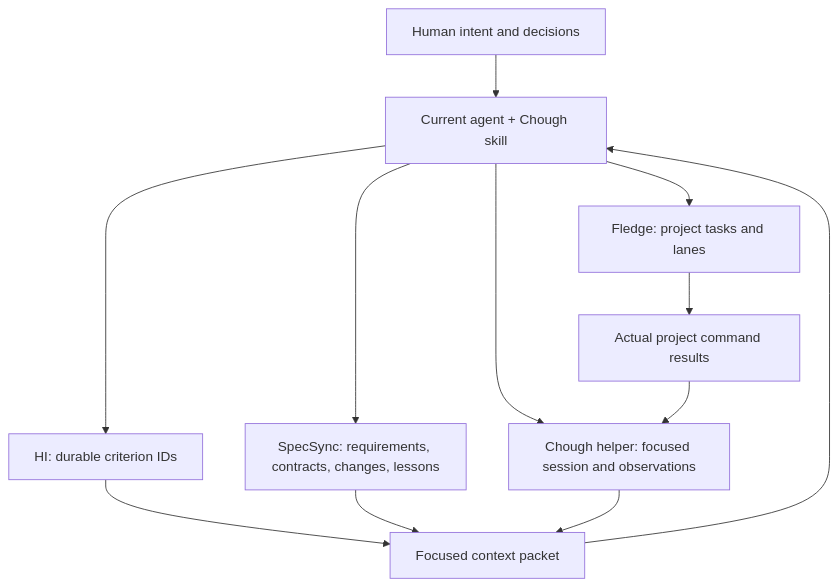
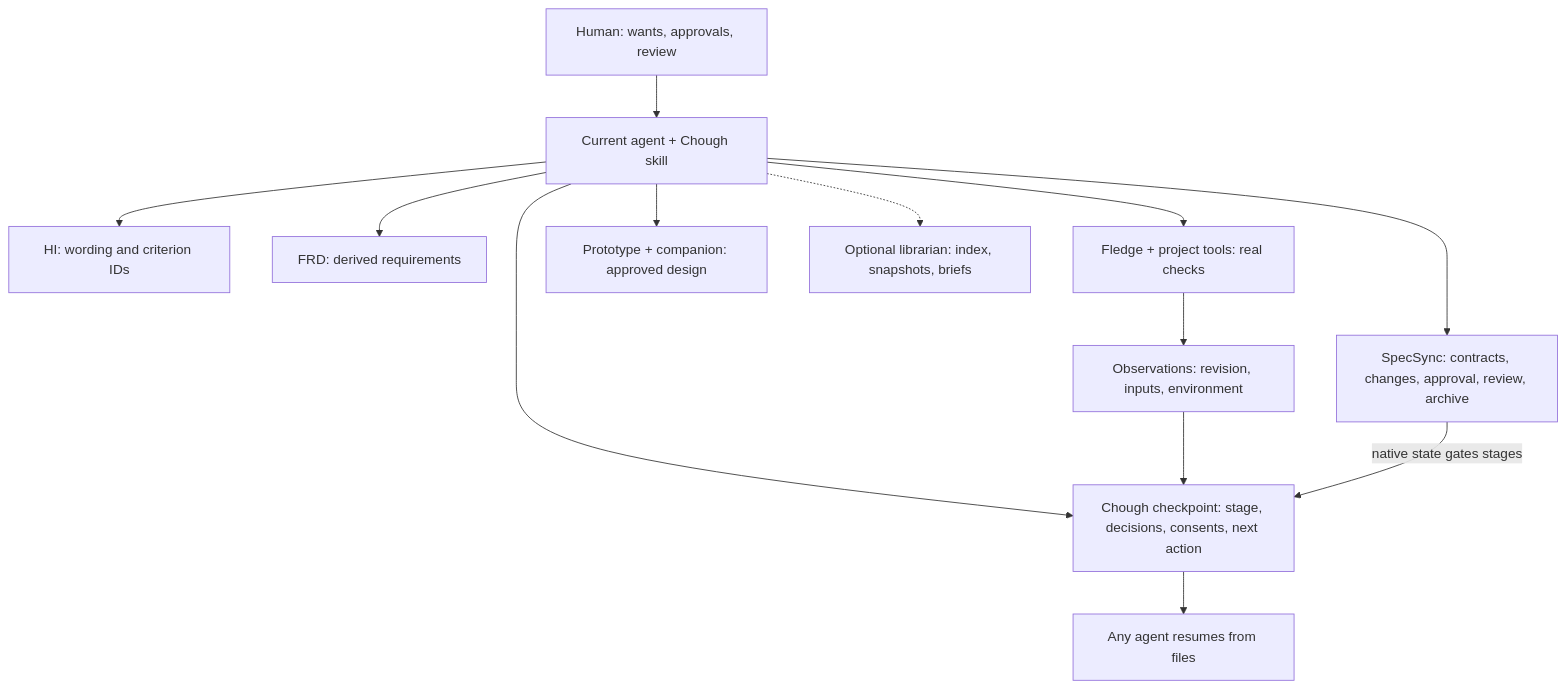
The first of 2 diagrams in docs/architecture.md (CorvidLabs/chough), drawn with Mermaid before and after one commit. The commit also changed other lines of this file and 281 other files, not shown here.

First line of the commit message:
Evolve Chough into a resumable stage workflow (implementation review) (#2)

````diff
--- a/docs/architecture.md
+++ b/docs/architecture.md
@@ -11,14 +11,15 @@
 ```mermaid
 flowchart TB
-    human["Human intent and decisions"] --> agent["Current agent + Chough skill"]
-    agent --> hi["HI: durable criterion IDs"]
-    agent --> spec["SpecSync: requirements, contracts, changes, lessons"]
-    agent --> fledge["Fledge: project tasks and lanes"]
-    agent --> helper["Chough helper: focused session and observations"]
-    hi --> context["Focused context packet"]
-    spec --> context
-    helper --> context
-    context --> agent
-    fledge --> results["Actual project command results"]
-    results --> helper
+    human["Human: wants, approvals, review"] --> agent["Current agent + Chough skill"]
+    agent --> hi["HI: wording and criterion IDs"]
+    agent --> frd["FRD: derived requirements"]
+    agent --> spec["SpecSync: contracts, changes, approval, review, archive"]
+    agent --> fledge["Fledge + project tools: real checks"]
+    agent --> proto["Prototype + companion: approved design"]
+    agent --> chough["Chough checkpoint: stage, decisions, consents, next action"]
+    agent -.-> library["Optional librarian: index, snapshots, briefs"]
+    fledge --> evidence["Observations: revision, inputs, environment"]
+    evidence --> chough
+    spec -->|"native state gates stages"| chough
+    chough --> resume["Any agent resumes from files"]
 ```
````
